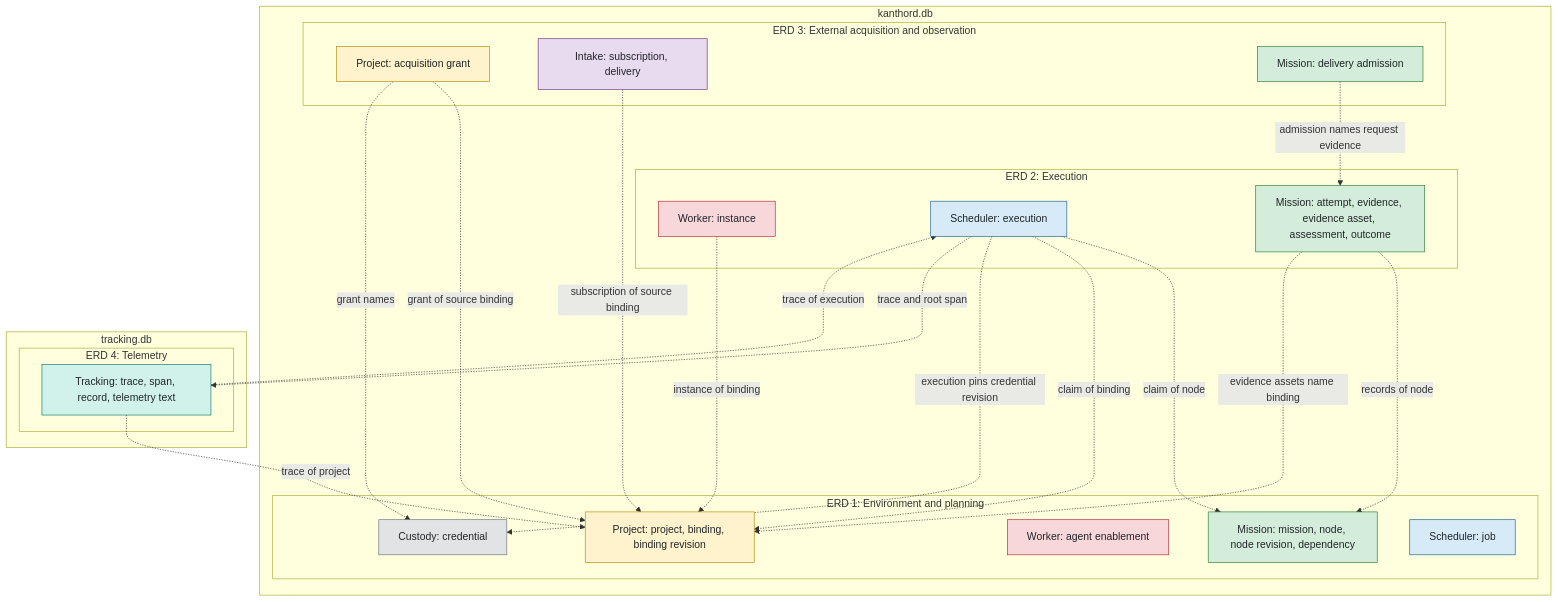
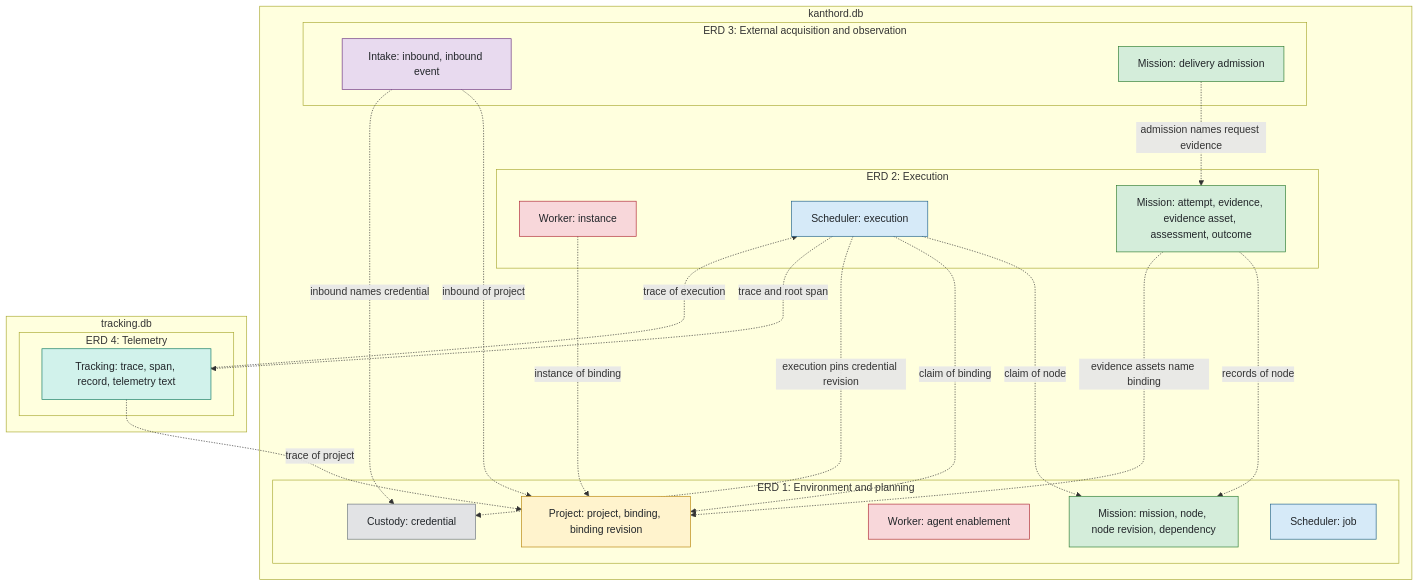
One commit to kanthorlabs/kanthord changed the diagram in docs/reference/erd/README.md. Above: the diagram before and after it, drawn with Mermaid. The commit also changed other lines of this file and 2 other files, not shown here.

Commit message:
docs(erd): redesign ERD 3 around inbounds and inbound events

````diff
--- a/docs/reference/erd/README.md
+++ b/docs/reference/erd/README.md
@@ -32,59 +32,57 @@
 ```mermaid
 flowchart TB
     subgraph db1["kanthord.db"]
         subgraph v1["ERD 1: Environment and planning"]
             c1["Custody: credential"]
             p1["Project: project, binding, binding revision"]
             w1["Worker: agent enablement"]
             m1["Mission: mission, node, node revision, dependency"]
             s1["Scheduler: job"]
         end
         subgraph v2["ERD 2: Execution"]
             w2["Worker: instance"]
             s2["Scheduler: execution"]
             m2["Mission: attempt, evidence, evidence asset, assessment, outcome"]
         end
         subgraph v3["ERD 3: External acquisition and observation"]
-            p3["Project: acquisition grant"]
-            i3["Intake: subscription, delivery"]
+            i3["Intake: inbound, inbound event"]
             m3["Mission: delivery admission"]
         end
     end
     subgraph db2["tracking.db"]
         subgraph v4["ERD 4: Telemetry"]
             t4["Tracking: trace, span, record, telemetry text"]
         end
     end
 
     w2 -.->|instance of binding| p1
     s2 -.->|claim of node| m1
     s2 -.->|claim of binding| p1
     s2 -.->|execution pins credential revision| c1
     m2 -.->|records of node| m1
     m2 -.->|evidence assets name binding| p1
 
-    p3 -.->|grant of source binding| p1
-    p3 -.->|grant names| c1
-    i3 -.->|subscription of source binding| p1
+    i3 -.->|inbound of project| p1
+    i3 -.->|inbound names credential| c1
     m3 -.->|admission names request evidence| m2
 
     t4 -.->|trace of execution| s2
     s2 -.->|trace and root span| t4
     t4 -.->|trace of project| p1
 
     classDef custody fill:#e2e3e5,stroke:#6c757d,color:#212529
     classDef project fill:#fff3cd,stroke:#b8860b,color:#212529
     classDef worker fill:#f8d7da,stroke:#b02a37,color:#212529
     classDef mission fill:#d4edda,stroke:#2e7d32,color:#212529
     classDef scheduler fill:#d6eaf8,stroke:#1f618d,color:#212529
     classDef intake fill:#e8daef,stroke:#6c3483,color:#212529
     classDef tracking fill:#d1f2eb,stroke:#117a65,color:#212529
 
     class c1 custody
-    class p1,p3 project
+    class p1 project
     class w1,w2 worker
     class m1,m2,m3 mission
     class s1,s2 scheduler
     class i3 intake
     class t4 tracking
 ```
````
